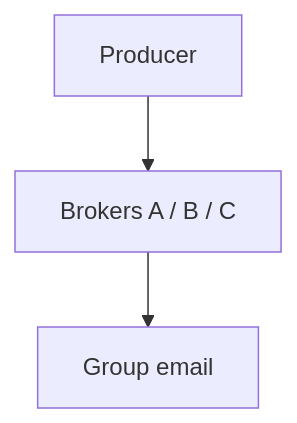
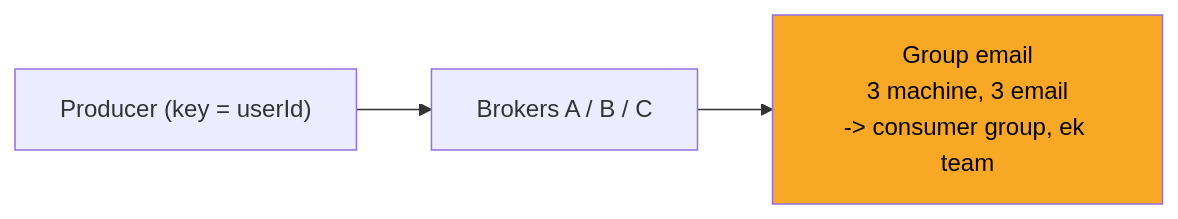
One commit to ArpanMaheshwari144/Prep changed the fifth of 12 diagrams in 04_HLD/SYSTEM_DESIGNS/12_message_queue_kafka/12_message_queue_kafka.md. Above: the diagram before and after it, drawn with Mermaid. The commit also changed other lines of this file and 2 other files, not shown here.

Commit message:
docs, kafka, banking: one-day story, short cards, follow-ups with rules, highlighted diagrams

````diff
--- a/04_HLD/SYSTEM_DESIGNS/12_message_queue_kafka/12_message_queue_kafka.md
+++ b/04_HLD/SYSTEM_DESIGNS/12_message_queue_kafka/12_message_queue_kafka.md
@@ -163,8 +169,9 @@
 ```mermaid
-flowchart TD
-    n_Producer["Producer"]
-    n_Brokers_A_B_C["Brokers A / B / C"]
-    n_Group_email["Group email"]
-    n_Producer --> n_Brokers_A_B_C
-    n_Brokers_A_B_C --> n_Group_email
+flowchart LR
+    n_P["Producer (key = userId)"]
+    n_B["Brokers A / B / C"]
+    n_GE["Group email<br/>3 machine, 3 email<br/>-> consumer group, ek team"]
+    n_P --> n_B
+    n_B --> n_GE
+    style n_GE fill:#f9a825,color:#000
 ```
````
